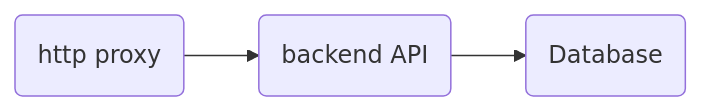
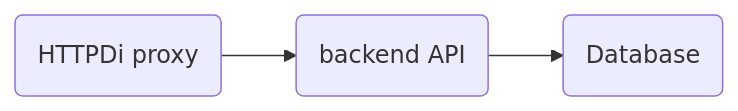
The diagram in README.md (R3C-0N/devops), drawn with Mermaid before and after one commit.

Commit message:
diagramm

````diff
--- a/README.md
+++ b/README.md
@@ -223,4 +223,4 @@
 ```mermaid
 flowchart LR
-    a(http proxy) --> b(backend API) --> c(Database)
+a(HTTPDi proxy) --> b(backend API) --> c(Database)
 ```
````
